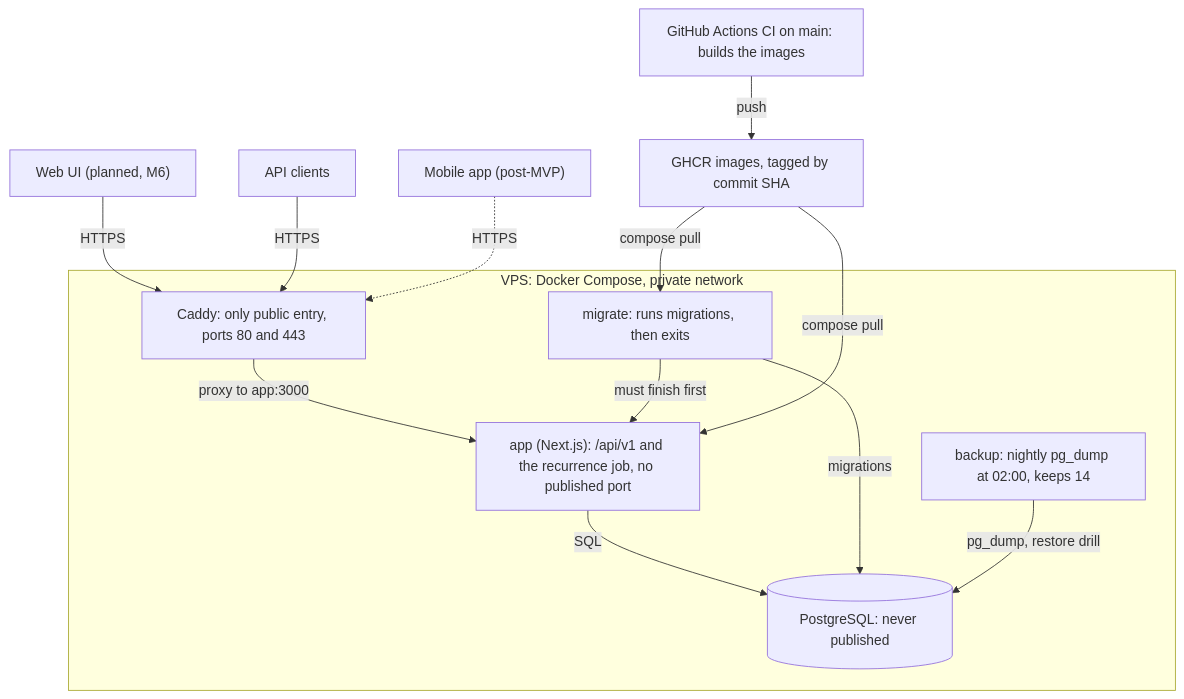
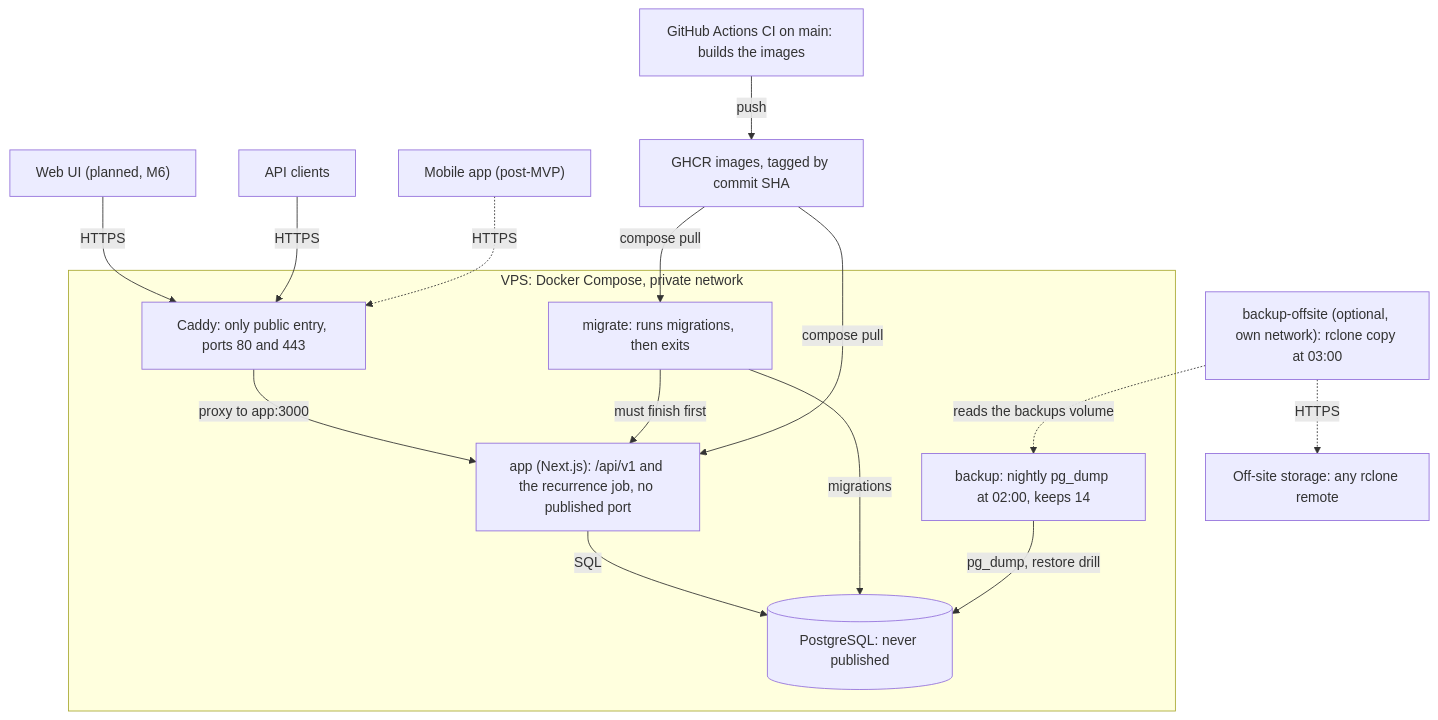
One commit to Facabore/Hearth changed the diagram in docs/architecture/README.md. Above: the diagram before and after it, drawn with Mermaid. The commit also changed other lines of this file and 16 other files, not shown here.

Commit message:
feat(backups): copy the backups off-site with an optional rclone service (Refs #61)

````diff
--- a/docs/architecture/README.md
+++ b/docs/architecture/README.md
@@ -11,29 +11,33 @@
 ```mermaid
 flowchart TB
     web["Web UI (planned, M6)"]
     clients["API clients"]
     mobile["Mobile app (post-MVP)"]
 
     subgraph vps ["VPS: Docker Compose, private network"]
         caddy["Caddy: only public entry, ports 80 and 443"]
         app["app (Next.js): /api/v1 and the recurrence job, no published port"]
         migrate["migrate: runs migrations, then exits"]
         db[("PostgreSQL: never published")]
         backup["backup: nightly pg_dump at 02:00, keeps 14"]
     end
+    offsite["backup-offsite (optional, own network): rclone copy at 03:00"]
 
     ci["GitHub Actions CI on main: builds the images"]
     ghcr["GHCR images, tagged by commit SHA"]
+    remote["Off-site storage: any rclone remote"]
 
     web -->|HTTPS| caddy
     clients -->|HTTPS| caddy
     mobile -.->|HTTPS| caddy
     caddy -->|"proxy to app:3000"| app
     app -->|SQL| db
     migrate -->|migrations| db
     migrate -->|"must finish first"| app
     ci -->|push| ghcr
     ghcr -->|"compose pull"| app
     ghcr -->|"compose pull"| migrate
     backup -->|"pg_dump, restore drill"| db
+    offsite -.->|"reads the backups volume"| backup
+    offsite -.->|HTTPS| remote
 ```
````
